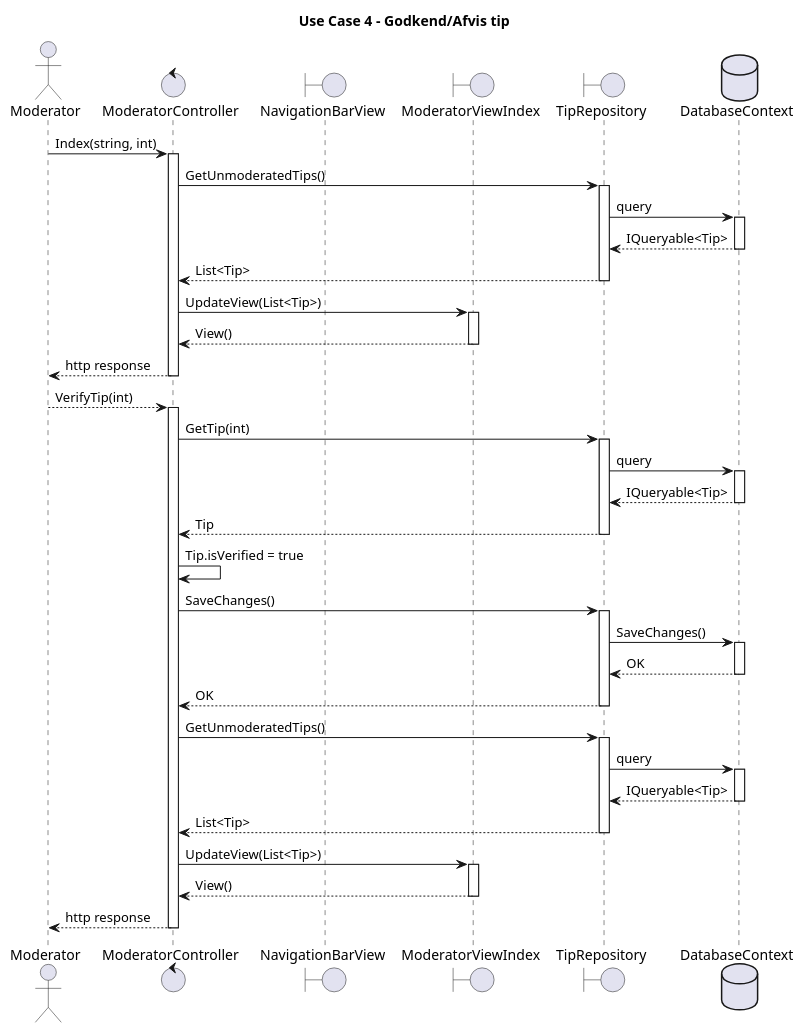
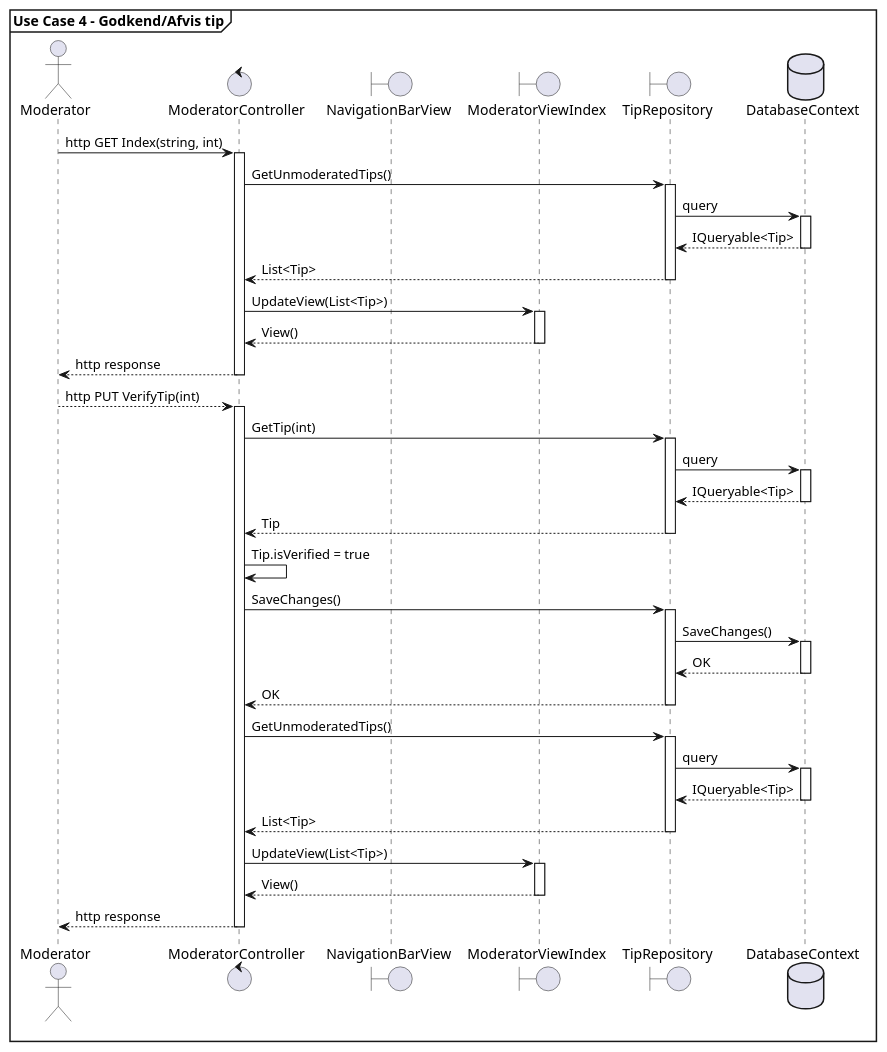
One commit to I4PRJ4/I4PRJ4-plantuml changed the diagram in plantuml/Sequence Diagrams/Design/UC4.puml. Above: the diagram before and after it, drawn with PlantUML.

```diff
--- a/plantuml/Sequence Diagrams/Design/UC4.puml
+++ b/plantuml/Sequence Diagrams/Design/UC4.puml
@@ -1,89 +1,86 @@
 @startuml
 
-title Use Case 4 - Godkend/Afvis tip
+mainframe **Use Case 4 - Godkend/Afvis tip**
 
 actor       Moderator       as mod
 control       ModeratorController       as modcont
 boundary       NavigationBarView       as navbar
 boundary       ModeratorViewIndex       as modindex
 boundary       TipRepository       as tipsrepo
 database       DatabaseContext       as db
 
-mod -> modcont: Index(string, int)
+mod -> modcont: http GET Index(string, int)
 
 Activate modcont
 modcont -> tipsrepo: GetUnmoderatedTips()
 
 Activate tipsrepo
 tipsrepo -> db: query
 
 Activate db
 db --> tipsrepo: IQueryable<Tip>
 Deactivate db
 
 tipsrepo --> modcont: List<Tip>
 Deactivate tipsrepo
 
 modcont -> modindex: UpdateView(List<Tip>)
 
 Activate modindex
 modindex --> modcont: View()
 Deactivate modindex
 
 modcont --> mod: http response
 Deactivate modcont
 
 
-mod --> modcont: VerifyTip(int)
+mod --> modcont: http PUT VerifyTip(int)
 
 Activate modcont
 modcont -> tipsrepo: GetTip(int)
 
 Activate tipsrepo
 tipsrepo -> db: query
 
 Activate db
 db --> tipsrepo: IQueryable<Tip>
 Deactivate db
 
 tipsrepo --> modcont: Tip
 Deactivate tipsrepo
 
 modcont -> modcont :Tip.isVerified = true
 modcont -> tipsrepo: SaveChanges()
 
 Activate tipsrepo
 tipsrepo -> db: SaveChanges()
 
 Activate db
 db --> tipsrepo: OK
 Deactivate db
 
 tipsrepo --> modcont: OK
 Deactivate tipsrepo
 
 modcont -> tipsrepo: GetUnmoderatedTips()
 
 Activate tipsrepo
 tipsrepo -> db: query
 
 Activate db
 db --> tipsrepo: IQueryable<Tip>
 Deactivate db
 
 tipsrepo --> modcont: List<Tip>
 Deactivate tipsrepo
 
 modcont -> modindex: UpdateView(List<Tip>)
 
 Activate modindex
 modindex --> modcont: View()
 Deactivate modindex
 
 modcont --> mod: http response
 Deactivate modcont
 
-
-
-
 @enduml
```
